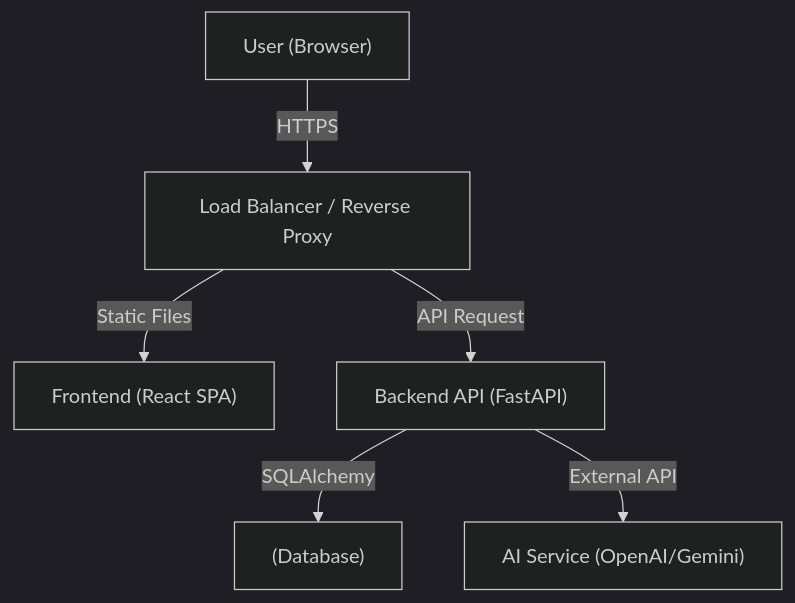
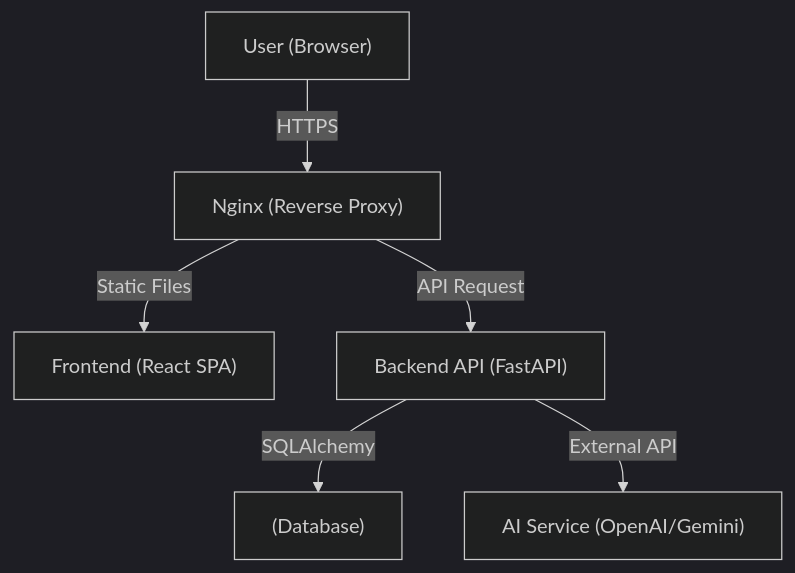
Before and after one commit to himchannnn/context_hunter: the first of 2 diagrams in HLD.md, drawn with Mermaid (dark theme). The commit also changed other lines of this file and 7 other files, not shown here.

````diff
--- a/HLD.md
+++ b/HLD.md
@@ -34,15 +34,15 @@
 ```mermaid
 graph TD
     User["User (Browser)"]
-    LB["Load Balancer / Reverse Proxy"]
+    LB["Nginx (Reverse Proxy)"]
     FE["Frontend (React SPA)"]
     BE["Backend API (FastAPI)"]
     DB["(Database)"]
     AI["AI Service (OpenAI/Gemini)"]
 
     User -->|HTTPS| LB
     LB -->|Static Files| FE
     LB -->|API Request| BE
     BE -->|SQLAlchemy| DB
     BE -->|External API| AI
 ```
````
